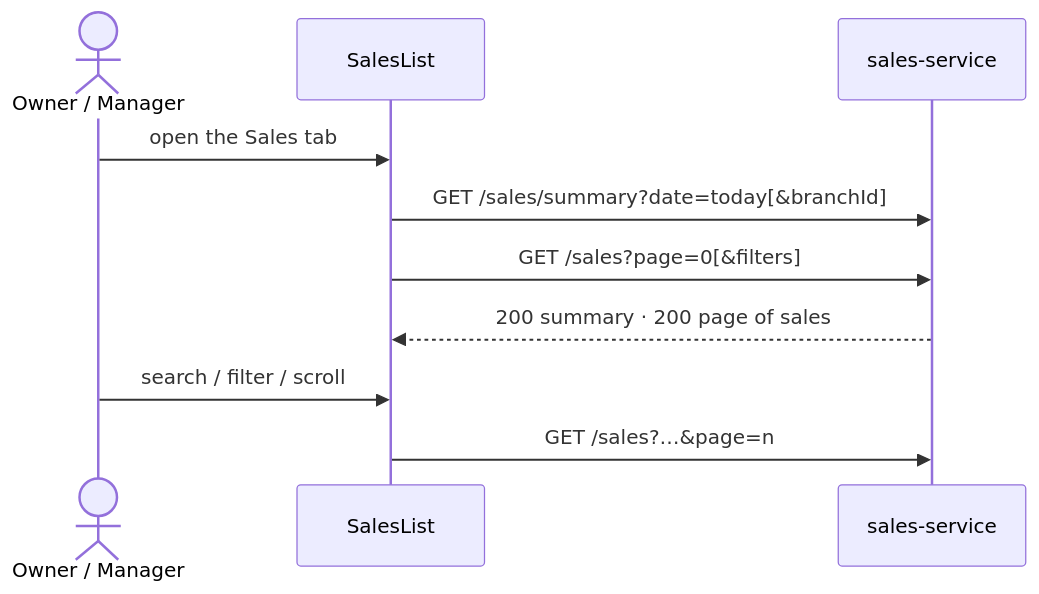
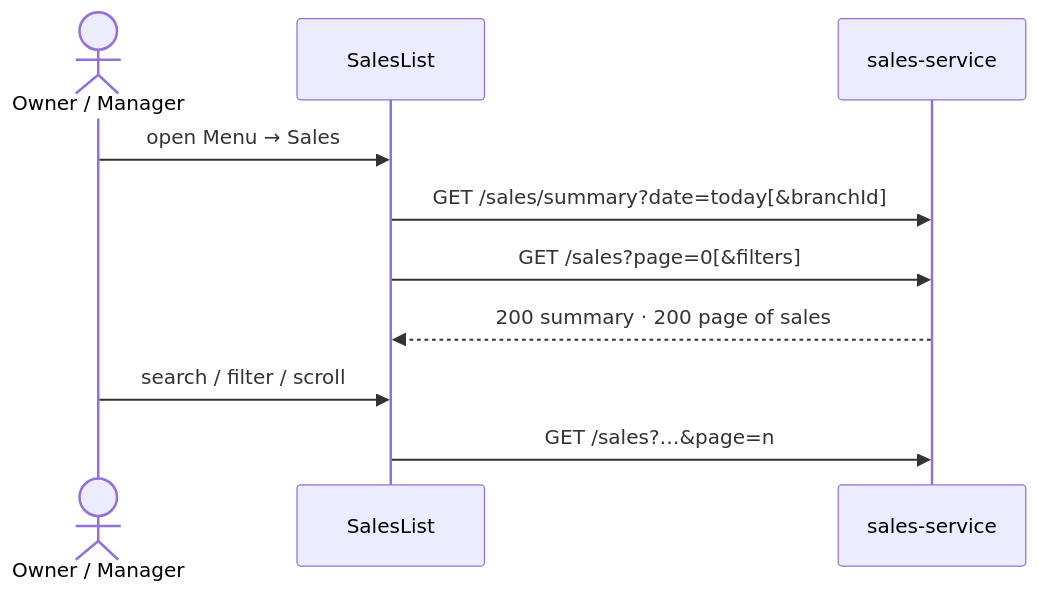
Before and after one commit to GorosXD/camfinsight-docs: the first of 4 diagrams in specs/mobile-sales-management/spec.md, drawn with Mermaid. The commit also changed other lines of this file and 1 other file, not shown here.

Commit message:
Spec: Mobile sales management amended (v2.0.0)

````diff
--- a/specs/mobile-sales-management/spec.md
+++ b/specs/mobile-sales-management/spec.md
@@ -90,12 +97,12 @@
 ```mermaid
 sequenceDiagram
     actor U as Owner / Manager
     participant UI as SalesList
     participant API as sales-service
-    U->>UI: open the Sales tab
+    U->>UI: open Menu → Sales
     UI->>API: GET /sales/summary?date=today[&branchId]
     UI->>API: GET /sales?page=0[&filters]
     API-->>UI: 200 summary · 200 page of sales
     U->>UI: search / filter / scroll
     UI->>API: GET /sales?…&page=n
 ```
````
